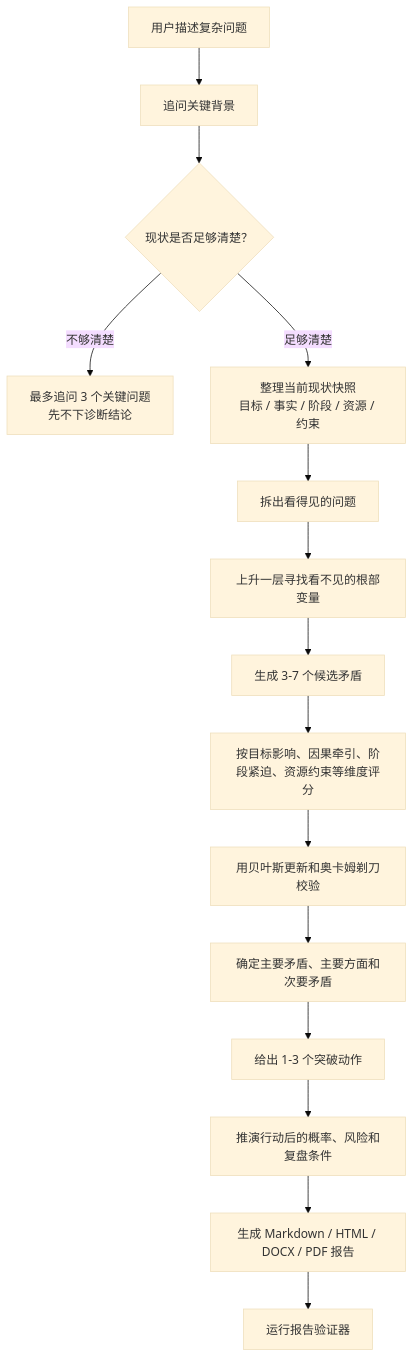
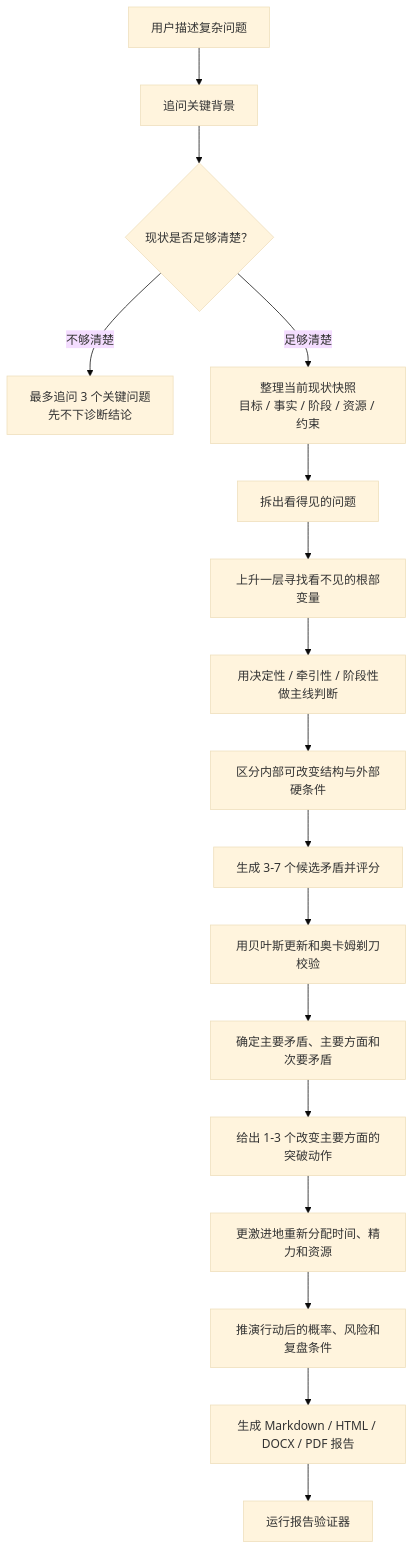
One commit to Nanyisong/yao-open-skills changed the diagram in skills/yao-crux-skill/README.md. Above: the diagram before and after it, drawn with Mermaid (base theme). The commit also changed other lines of this file and 35 other files, not shown here.

````diff
--- a/skills/yao-crux-skill/README.md
+++ b/skills/yao-crux-skill/README.md
@@ -35,17 +36,19 @@
 ```mermaid
 flowchart TD
     A["用户描述复杂问题"] --> B["追问关键背景"]
     B --> C{"现状是否足够清楚？"}
     C -- "不够清楚" --> D["最多追问 3 个关键问题<br/>先不下诊断结论"]
     C -- "足够清楚" --> E["整理当前现状快照<br/>目标 / 事实 / 阶段 / 资源 / 约束"]
     E --> F["拆出看得见的问题"]
     F --> G["上升一层寻找看不见的根部变量"]
-    G --> H["生成 3-7 个候选矛盾"]
-    H --> I["按目标影响、因果牵引、阶段紧迫、资源约束等维度评分"]
-    I --> J["用贝叶斯更新和奥卡姆剃刀校验"]
-    J --> K["确定主要矛盾、主要方面和次要矛盾"]
-    K --> L["给出 1-3 个突破动作"]
-    L --> M["推演行动后的概率、风险和复盘条件"]
-    M --> N["生成 Markdown / HTML / DOCX / PDF 报告"]
+    G --> H["用决定性 / 牵引性 / 阶段性做主线判断"]
+    H --> I["区分内部可改变结构与外部硬条件"]
+    I --> J["生成 3-7 个候选矛盾并评分"]
+    J --> K["用贝叶斯更新和奥卡姆剃刀校验"]
+    K --> L["确定主要矛盾、主要方面和次要矛盾"]
+    L --> M["给出 1-3 个改变主要方面的突破动作"]
+    M --> P["更激进地重新分配时间、精力和资源"]
+    P --> Q["推演行动后的概率、风险和复盘条件"]
+    Q --> N["生成 Markdown / HTML / DOCX / PDF 报告"]
     N --> O["运行报告验证器"]
 ```
````
